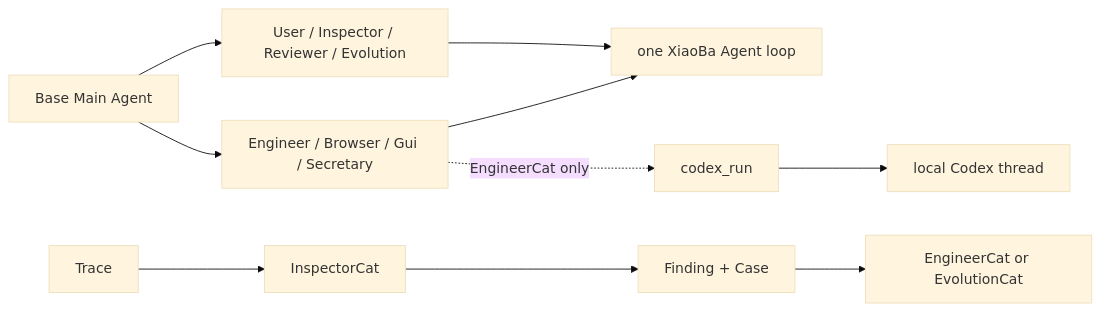
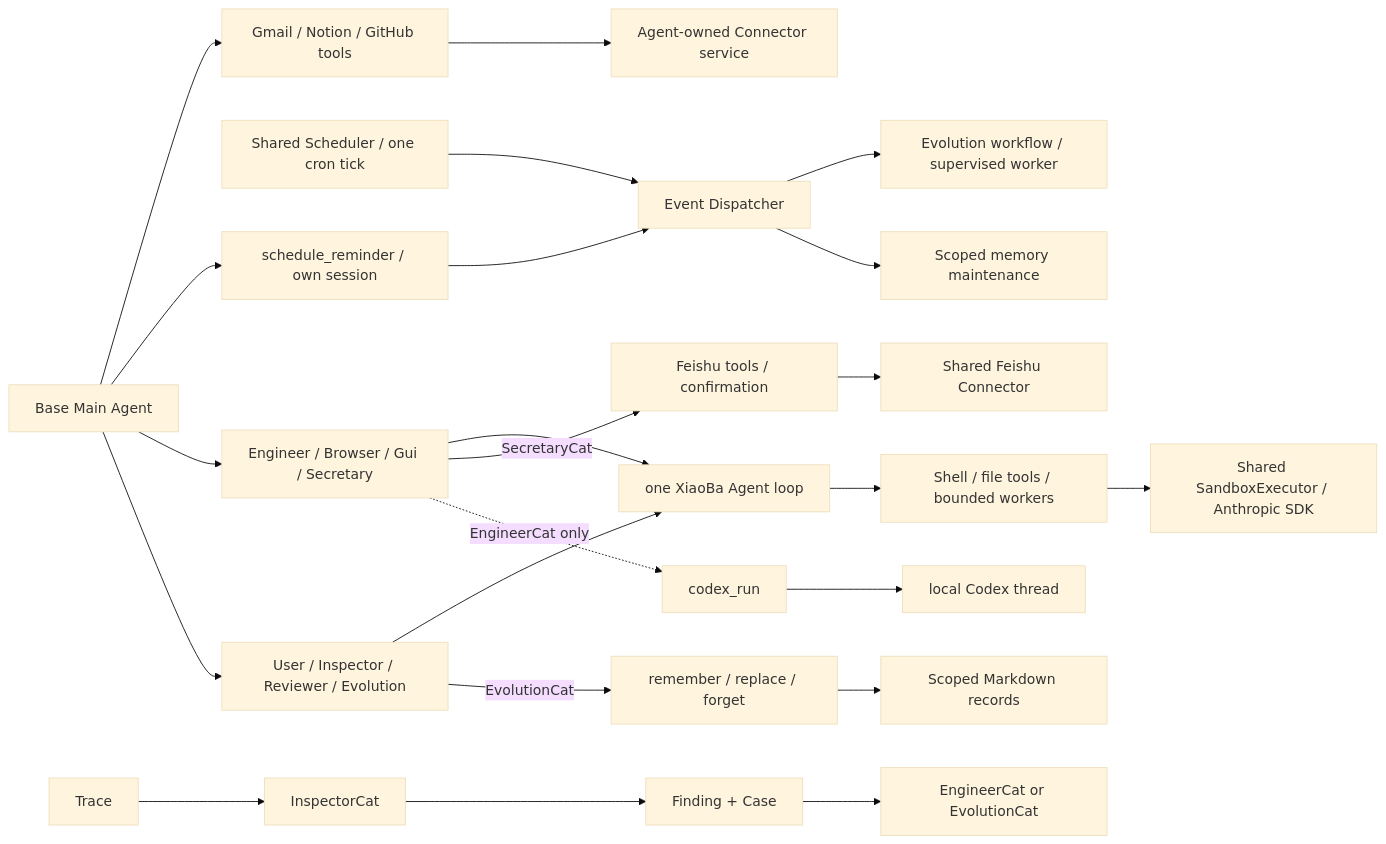
The first of 2 diagrams in docs/roles-skills/SPEC.md (fightheyyy/xiaobaOS), drawn with Mermaid (base theme) before and after one commit. The commit also changed other lines of this file and 129 other files, not shown here.

Commit message:
feat: add personal agent events, memory, connectors and sandbox runtime

````diff
--- a/docs/roles-skills/SPEC.md
+++ b/docs/roles-skills/SPEC.md
@@ -58,13 +62,26 @@
 ```mermaid
 flowchart LR
-    Base["Base Main Agent"] --> Execute["Engineer / Browser / Gui / Secretary"]
+    Runtime --> Execution["Shell / file tools / bounded workers"]
+    Execution --> Sandbox["Shared SandboxExecutor / Anthropic SDK"]
+    Base --> NativeAppTools["Gmail / Notion / GitHub tools"]
+    NativeAppTools --> AppService["Agent-owned Connector service"]
+    DailyScheduler["Shared Scheduler / one cron tick"] --> ScheduledEvents["Event Dispatcher"]
+    ScheduledEvents --> EvolutionConsumer["Evolution workflow / supervised worker"]
+    ScheduledEvents --> MemoryConsumer["Scoped memory maintenance"]
+    Base["Base Main Agent"] --> Timers["schedule_reminder / own session"]
+    Timers --> ScheduledEvents
+    Base --> Execute["Engineer / Browser / Gui / Secretary"]
     Base --> Improve["User / Inspector / Reviewer / Evolution"]
     Execute --> Runtime["one XiaoBa Agent loop"]
     Improve --> Runtime
+    Improve -->|EvolutionCat| Remember["remember / replace / forget"]
+    Remember --> Memory["Scoped Markdown records"]
+    Execute -->|SecretaryCat| Tools["Feishu tools / confirmation"]
+    Tools --> Connector["Shared Feishu Connector"]
     Execute -. "EngineerCat only" .-> CodexAdapter["codex_run"]
     CodexAdapter --> Codex["local Codex thread"]
 
     Trace["Trace"] --> Inspector["InspectorCat"]
     Inspector --> Pair["Finding + Case"]
     Pair --> Candidate["EngineerCat or EvolutionCat"]
 ```
````
